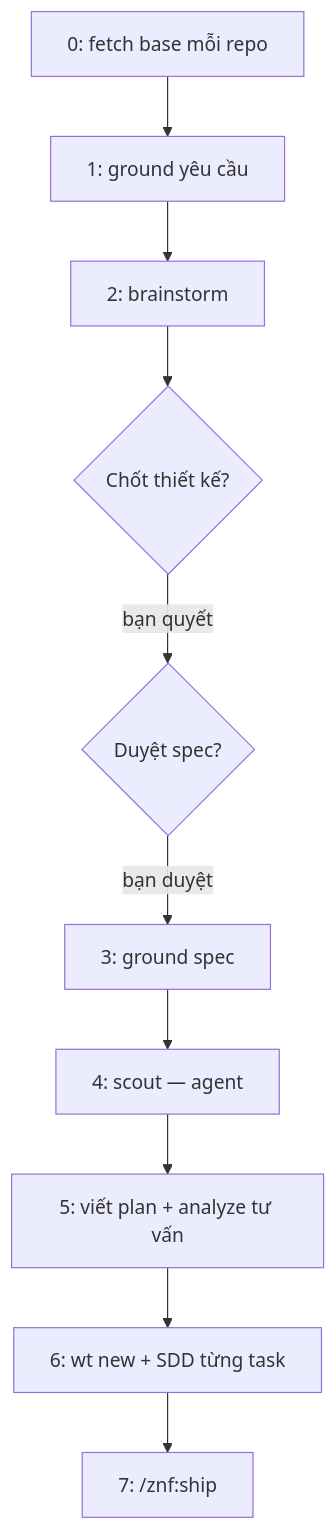
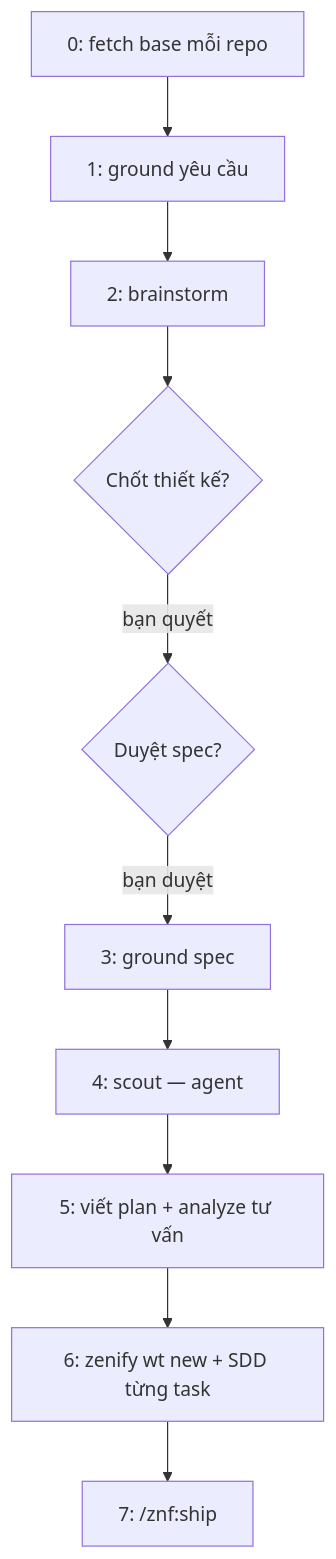
Before and after one commit to ZenifyAIContactCenter/zenify-kit: the diagram in website/workflows/cook.md, drawn with Mermaid. The commit also changed 13 other files, not shown here.

````diff
--- a/website/workflows/cook.md
+++ b/website/workflows/cook.md
@@ -36,12 +36,12 @@
 ```mermaid
 flowchart TD
   A[0: fetch base mỗi repo] --> B[1: ground yêu cầu]
   B --> C[2: brainstorm]
   C --> D{Chốt thiết kế?}
   D -- bạn quyết --> E{Duyệt spec?}
   E -- bạn duyệt --> F[3: ground spec]
   F --> G[4: scout — agent]
   G --> H[5: viết plan + analyze tư vấn]
-  H --> I[6: wt new + SDD từng task]
+  H --> I[6: zenify wt new + SDD từng task]
   I --> J[7: /znf:ship]
 ```
````
